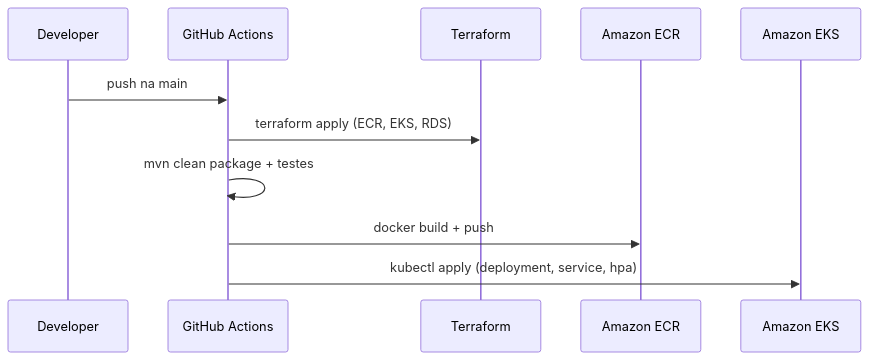
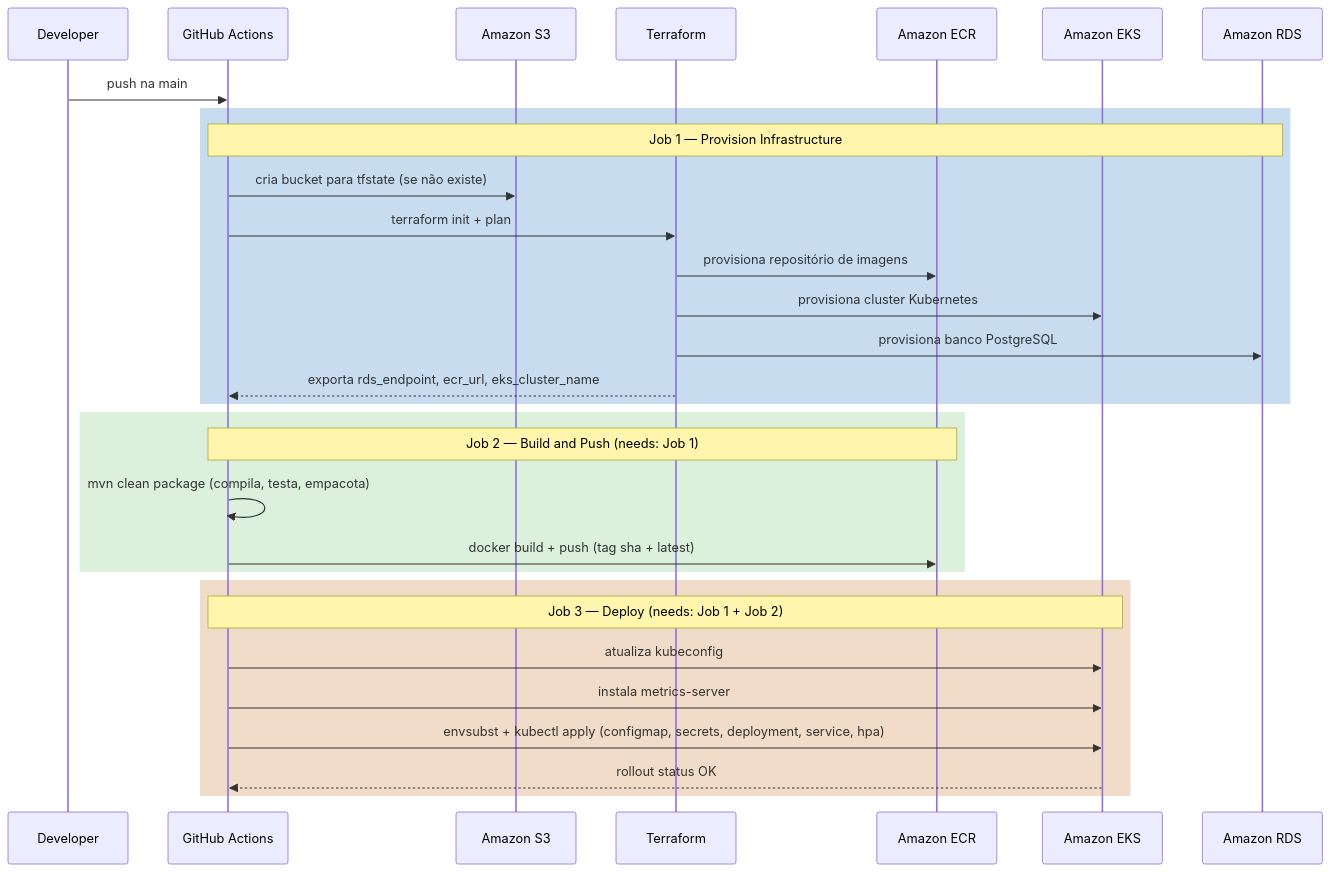
The diagram in README.md (pitflow-so/pitflow-os-backend), drawn with Mermaid before and after one commit. The commit also changed other lines of this file, not shown here.

Commit message:
chore: updated de sequence diagram to CI/CD

````diff
--- a/README.md
+++ b/README.md
@@ -53,14 +73,36 @@
 ```mermaid
 sequenceDiagram
     participant Dev as Developer
     participant GH as GitHub Actions
+    participant S3 as Amazon S3
     participant TF as Terraform
     participant ECR as Amazon ECR
     participant EKS as Amazon EKS
+    participant RDS as Amazon RDS
 
     Dev->>GH: push na main
-    GH->>TF: terraform apply (ECR, EKS, RDS)
-    GH->>GH: mvn clean package + testes
-    GH->>ECR: docker build + push
-    GH->>EKS: kubectl apply (deployment, service, hpa)
+
+    rect rgb(200, 220, 240)
+        note over GH,RDS: Job 1 — Provision Infrastructure
+        GH->>S3: cria bucket para tfstate (se não existe)
+        GH->>TF: terraform init + plan
+        TF->>ECR: provisiona repositório de imagens
+        TF->>EKS: provisiona cluster Kubernetes
+        TF->>RDS: provisiona banco PostgreSQL
+        TF-->>GH: exporta rds_endpoint, ecr_url, eks_cluster_name
+    end
+
+    rect rgb(220, 240, 220)
+        note over GH,ECR: Job 2 — Build and Push (needs: Job 1)
+        GH->>GH: mvn clean package (compila, testa, empacota)
+        GH->>ECR: docker build + push (tag sha + latest)
+    end
+
+    rect rgb(240, 220, 200)
+        note over GH,EKS: Job 3 — Deploy (needs: Job 1 + Job 2)
+        GH->>EKS: atualiza kubeconfig
+        GH->>EKS: instala metrics-server
+        GH->>EKS: envsubst + kubectl apply (configmap, secrets, deployment, service, hpa)
+        EKS-->>GH: rollout status OK
+    end
 ```
````
